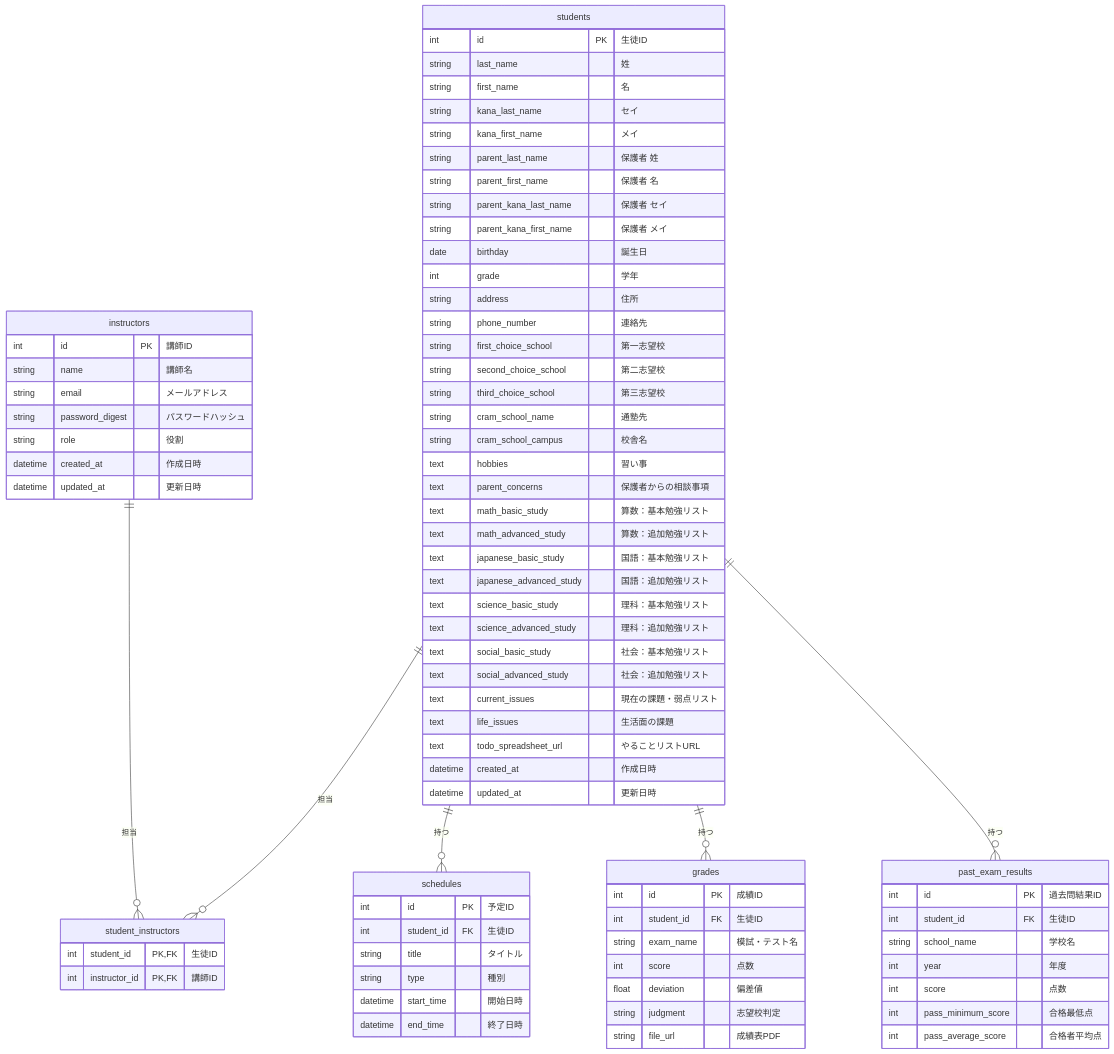
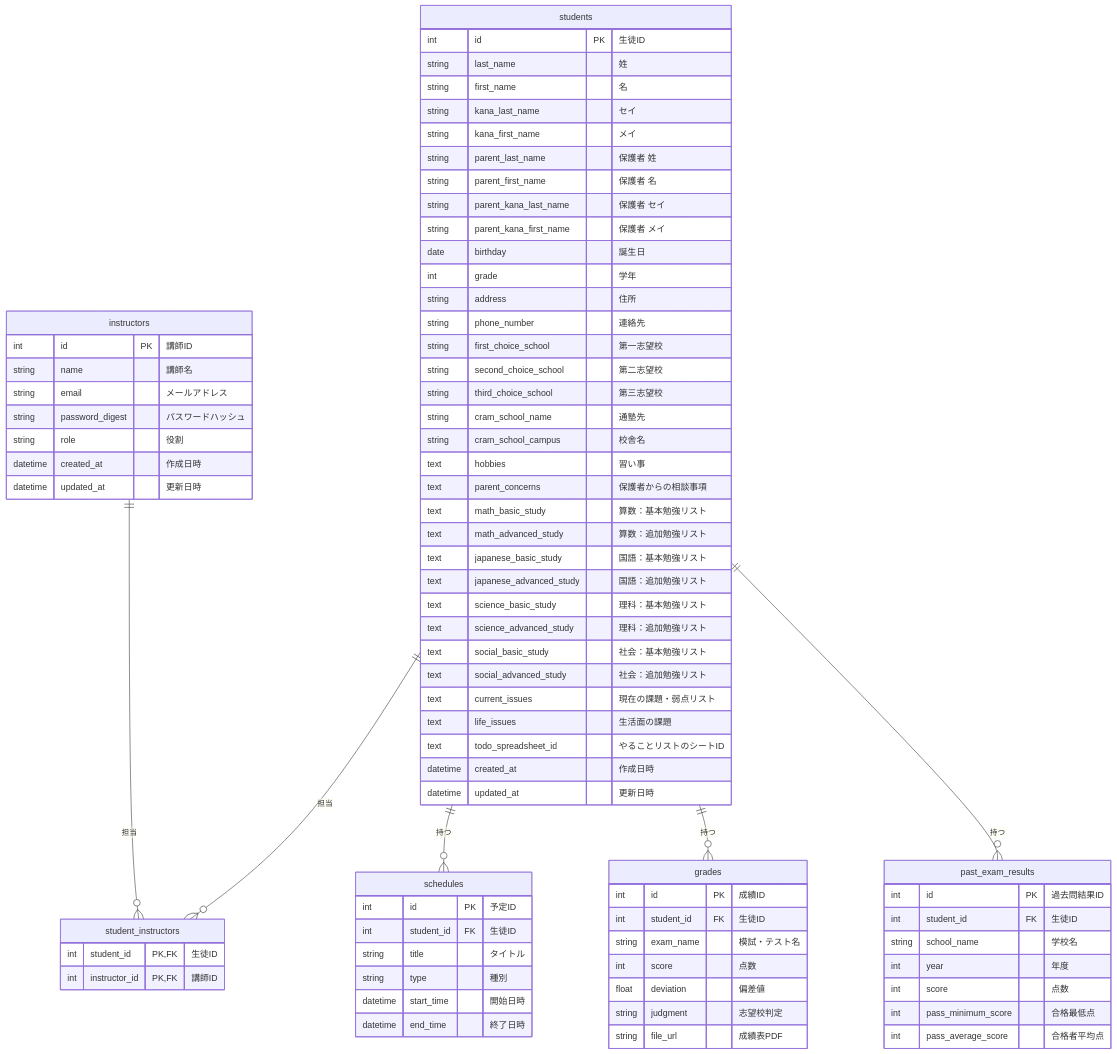
Before and after one commit to itsuki2003/TodaiBansou_StuDashboard: the diagram in docs/architecture/db_schema.md, drawn with Mermaid. The commit also changed 1 other file, not shown here.

Commit message:
refactor(todo): Abolish iframe and adopt API-based read-only grid display

```diff
--- a/docs/architecture/db_schema.md
+++ b/docs/architecture/db_schema.md
@@ -45,7 +45,7 @@
         text social_advanced_study "社会：追加勉強リスト"
         text current_issues "現在の課題・弱点リスト"
         text life_issues "生活面の課題"
-        text todo_spreadsheet_url "やることリストURL"
+        text todo_spreadsheet_id "やることリストのシートID"
         datetime created_at "作成日時"
         datetime updated_at "更新日時"
     }
```
